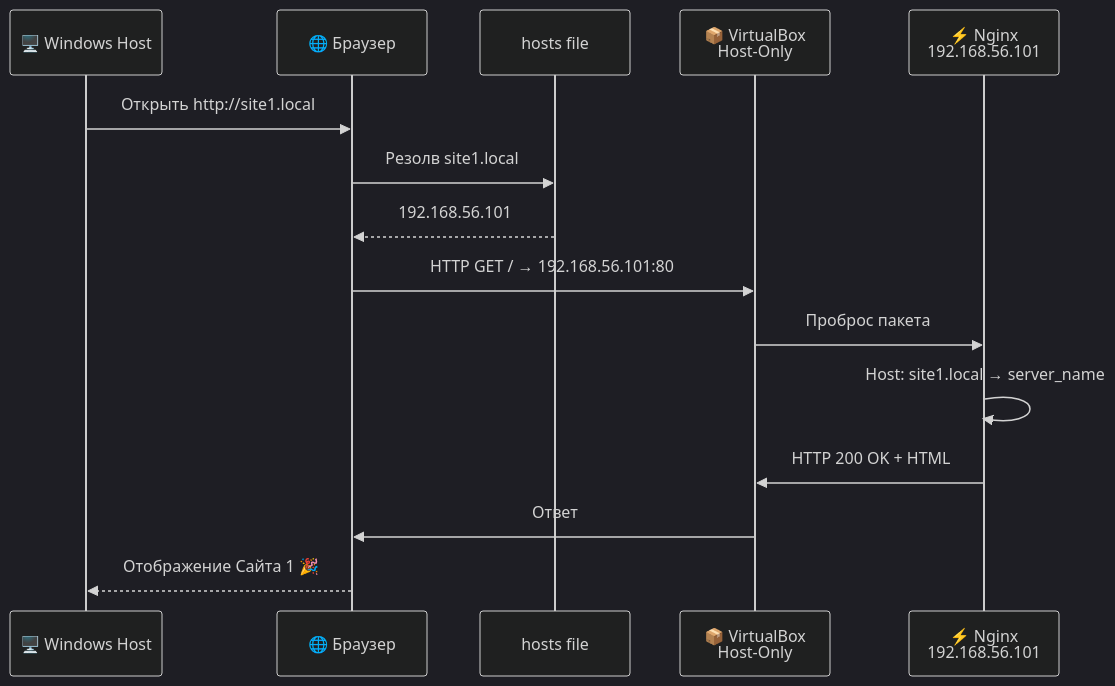
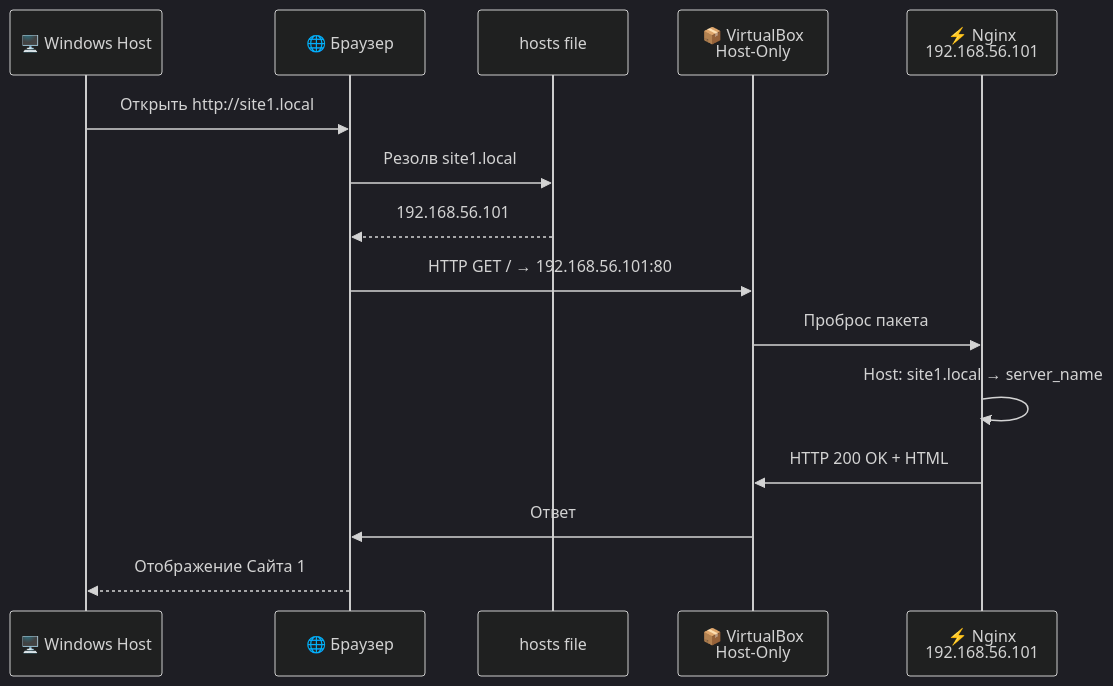
Before and after one commit to Mohanad0101/files: the fourth of 12 diagrams in src/README.md, drawn with Mermaid. The commit also changed other lines of this file, not shown here.

````diff
--- a/src/README.md
+++ b/src/README.md
@@ -594,19 +589,19 @@
 ```mermaid
 %%{init: {'theme': 'dark'}}%%
 sequenceDiagram
     participant W as 🖥️ Windows Host
     participant B as 🌐 Браузер
     participant H as hosts file
     participant V as 📦 VirtualBox<br/>Host-Only
     participant N as ⚡ Nginx<br/>192.168.56.101
 
     W->>B: Открыть http://site1.local
     B->>H: Резолв site1.local
     H-->>B: 192.168.56.101
     B->>V: HTTP GET / → 192.168.56.101:80
     V->>N: Проброс пакета
     N->>N: Host: site1.local → server_name
     N->>V: HTTP 200 OK + HTML
     V->>B: Ответ
-    B-->>W: Отображение Сайта 1 🎉
+    B-->>W: Отображение Сайта 1 
 ```
````
